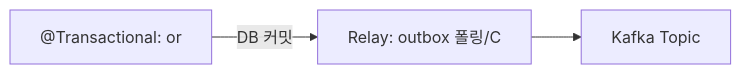
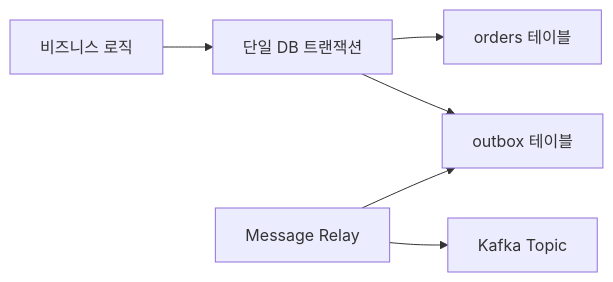
The second of 6 diagrams in _posts/kafka/2026-05-01-kafka-outbox-cdc.md (yjkim2015/yjkim2015.github.io), drawn with Mermaid before and after one commit. The commit also changed other lines of this file and 4 other files, not shown here.

````diff
--- a/_posts/kafka/2026-05-01-kafka-outbox-cdc.md
+++ b/_posts/kafka/2026-05-01-kafka-outbox-cdc.md
@@ -51,6 +102,8 @@
 ```mermaid
-flowchart LR
-    APP["@Transactional: or"]
-    APP -->|"DB 커밋"| RELAY["Relay: outbox 폴링/C"]
+graph LR
+    APP["비즈니스 로직"] --> TX["단일 DB 트랜잭션"]
+    TX --> BDATA["orders 테이블"]
+    TX --> OUTBOX["outbox 테이블"]
+    RELAY["Message Relay"] --> OUTBOX
     RELAY --> KAFKA["Kafka Topic"]
 ```
````
